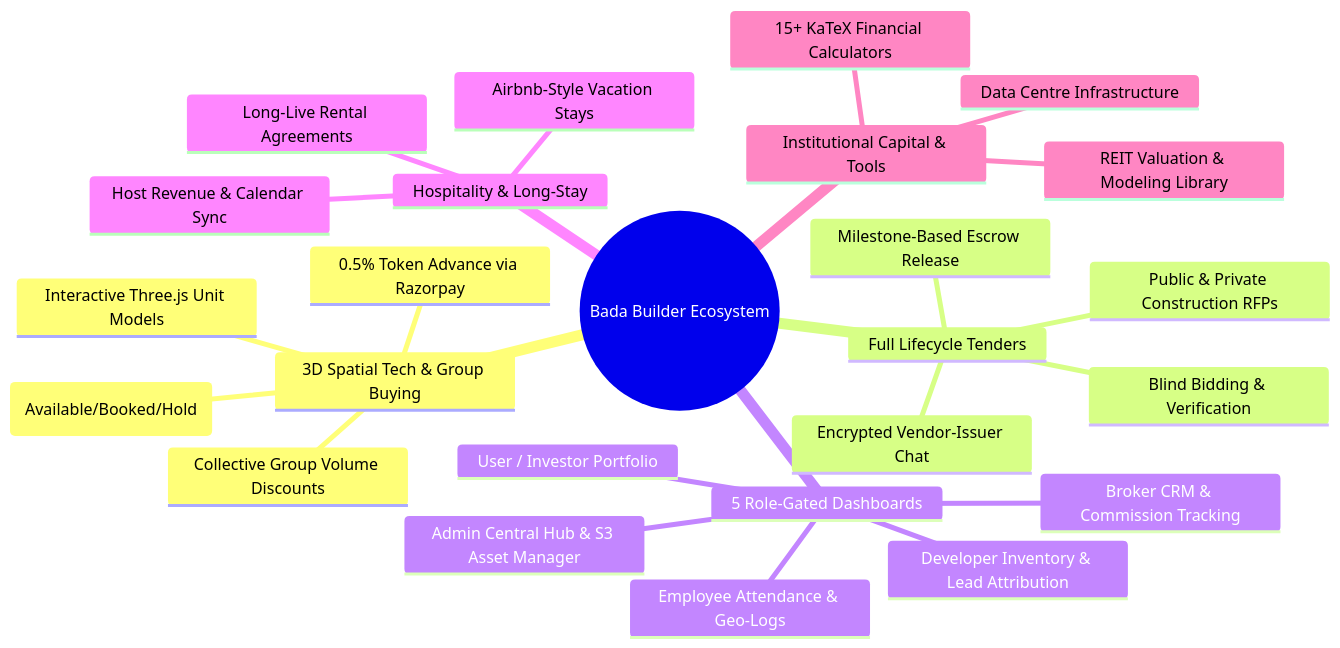
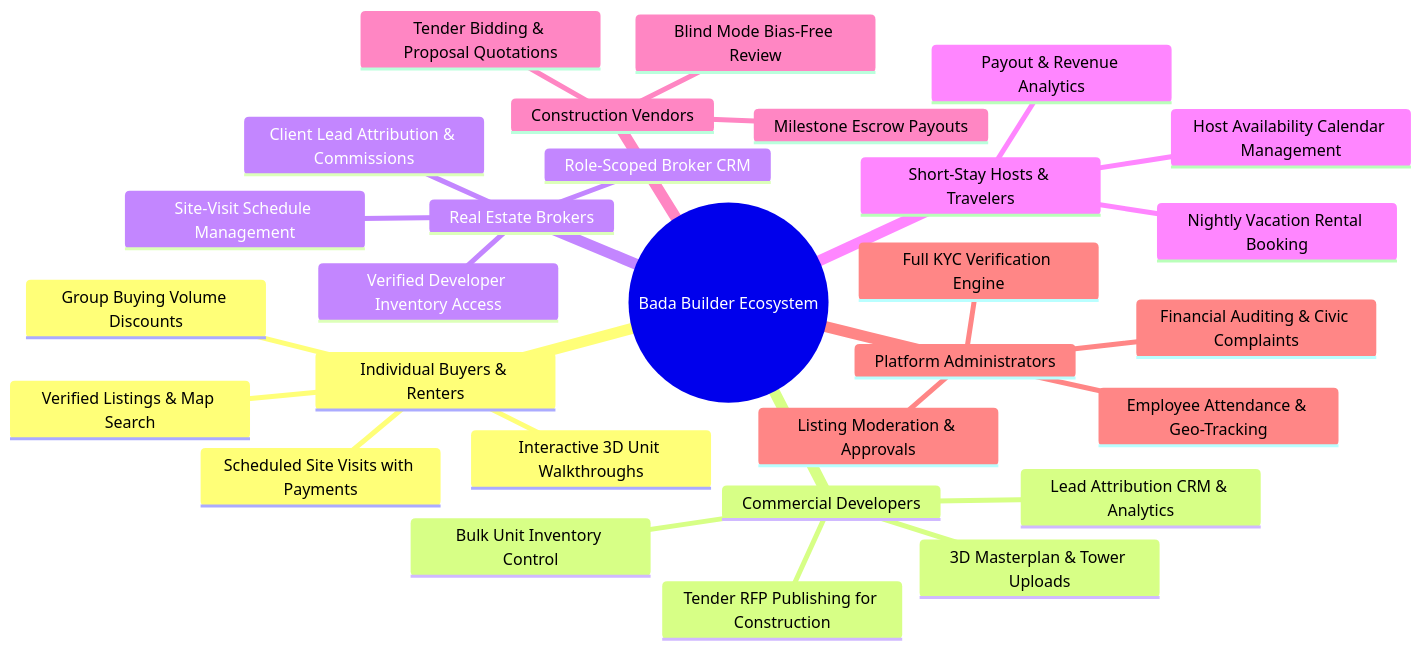
The first of 5 diagrams in README.md (sun2004ny/Bada_Builder), drawn with Mermaid before and after one commit. The commit also changed other lines of this file, not shown here.

````diff
--- a/README.md
+++ b/README.md
@@ -79,28 +162,32 @@
 ```mermaid
 mindmap
   root((Bada Builder Ecosystem))
-    3D Spatial Tech & Group Buying
-      Interactive Three.js Unit Models
-      Status Color Coding (Available/Booked/Hold)
-      Collective Group Volume Discounts
-      0.5% Token Advance via Razorpay
-    Full Lifecycle Tenders
-      Public & Private Construction RFPs
-      Blind Bidding & Verification
-      Encrypted Vendor-Issuer Chat
-      Milestone-Based Escrow Release
-    5 Role-Gated Dashboards
-      Admin Central Hub & S3 Asset Manager
-      Developer Inventory & Lead Attribution
-      Broker CRM & Commission Tracking
-      Employee Attendance & Geo-Logs
-      User / Investor Portfolio
-    Hospitality & Long-Stay
-      Airbnb-Style Vacation Stays
-      Host Revenue & Calendar Sync
-      Long-Live Rental Agreements
-    Institutional Capital & Tools
-      Data Centre Infrastructure
-      15+ KaTeX Financial Calculators
-      REIT Valuation & Modeling Library
+    Individual Buyers & Renters
+      Verified Listings & Map Search
+      Interactive 3D Unit Walkthroughs
+      Group Buying Volume Discounts
+      Scheduled Site Visits with Payments
+    Commercial Developers
+      Bulk Unit Inventory Control
+      3D Masterplan & Tower Uploads
+      Lead Attribution CRM & Analytics
+      Tender RFP Publishing for Construction
+    Real Estate Brokers
+      Role-Scoped Broker CRM
+      Client Lead Attribution & Commissions
+      Site-Visit Schedule Management
+      Verified Developer Inventory Access
+    Short-Stay Hosts & Travelers
+      Nightly Vacation Rental Booking
+      Host Availability Calendar Management
+      Payout & Revenue Analytics
+    Construction Vendors
+      Tender Bidding & Proposal Quotations
+      Blind Mode Bias-Free Review
+      Milestone Escrow Payouts
+    Platform Administrators
+      Full KYC Verification Engine
+      Listing Moderation & Approvals
+      Employee Attendance & Geo-Tracking
+      Financial Auditing & Civic Complaints
 ```
````
